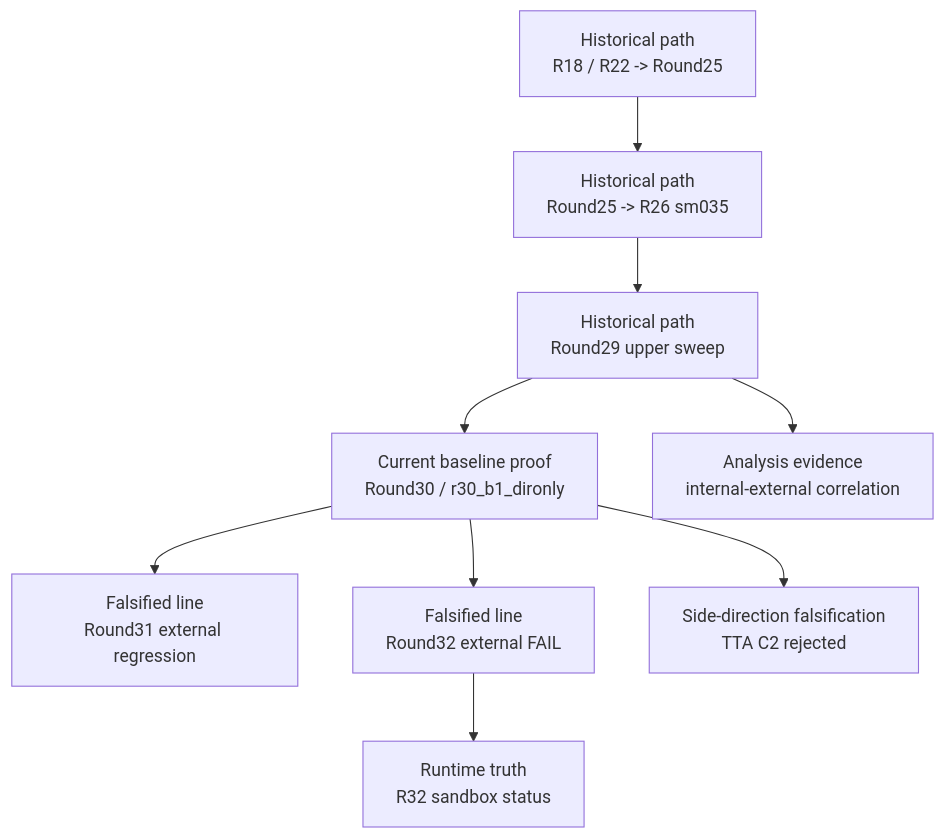
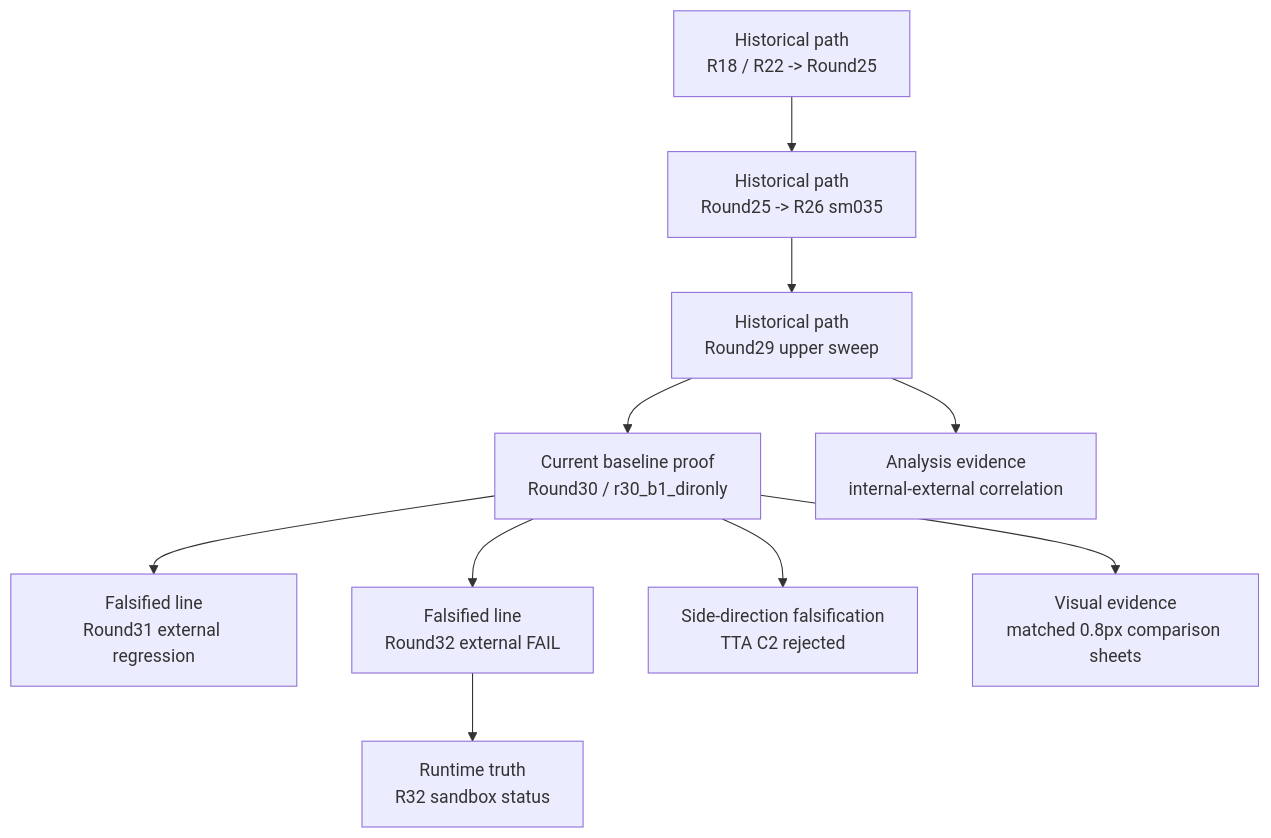
Before and after one commit to rio10255254/GMM_2_Final: the diagram in docs/evidence/EVIDENCE_MAP.md, drawn with Mermaid. The commit also changed other lines of this file and 6 other files, not shown here.

Commit message:
docs: add visual experiment evidence

````diff
--- a/docs/evidence/EVIDENCE_MAP.md
+++ b/docs/evidence/EVIDENCE_MAP.md
@@ -15,11 +15,12 @@
 ```mermaid
 flowchart TD
     H25["Historical path<br/>R18 / R22 -> Round25"] --> H26["Historical path<br/>Round25 -> R26 sm035"]
     H26 --> H29["Historical path<br/>Round29 upper sweep"]
     H29 --> B30["Current baseline proof<br/>Round30 / r30_b1_dironly"]
     B30 --> F31["Falsified line<br/>Round31 external regression"]
     B30 --> F32["Falsified line<br/>Round32 external FAIL"]
     B30 --> SD["Side-direction falsification<br/>TTA C2 rejected"]
     H29 --> AN["Analysis evidence<br/>internal-external correlation"]
+    B30 --> VIS["Visual evidence<br/>matched 0.8px comparison sheets"]
     F32 --> RT["Runtime truth<br/>R32 sandbox status"]
 ```
````
